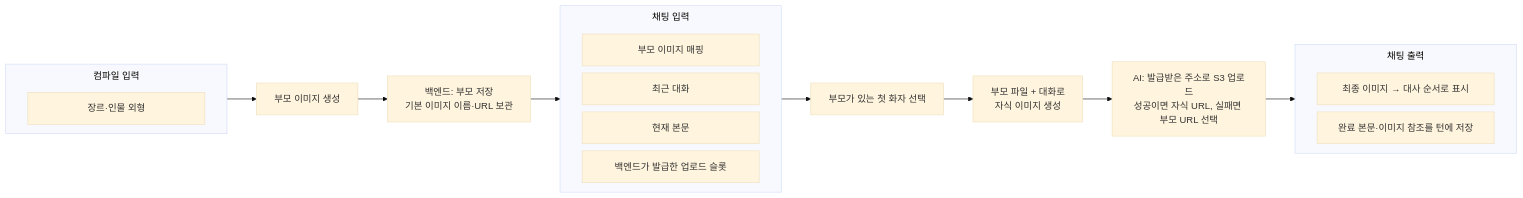
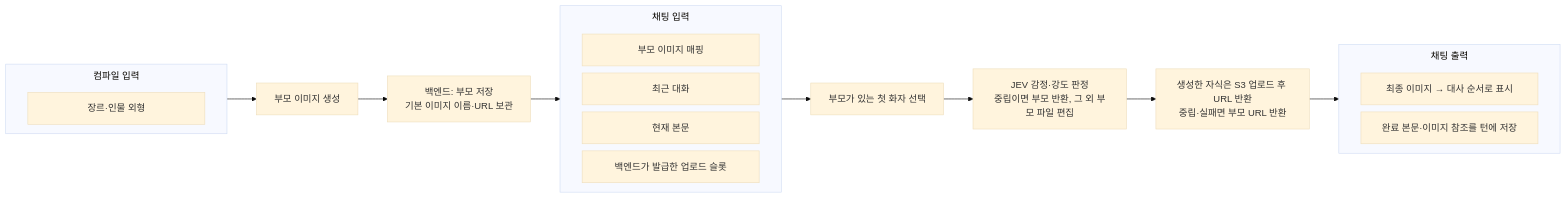
Before and after one commit to KIM-N-KANG/knk-harness: diagram 12 of 25 in docs/spec/5-ai-server-spec.md, drawn with Mermaid (base theme). The commit also changed other lines of this file and 2 other files, not shown here.

Commit message:
[KNK-1463] Docs: JEV 채팅 이미지 생성 명세와 설계 반영

````diff
--- a/docs/spec/5-ai-server-spec.md
+++ b/docs/spec/5-ai-server-spec.md
@@ -438,32 +438,32 @@
 ```mermaid
 %%{init: {"flowchart": {"nodeSpacing": 12, "subGraphTitleMargin": {"top": 8, "bottom": 24}}}}%%
 flowchart LR
     subgraph I["컴파일 입력"]
         direction LR
         I_item1["<div style='width:240px;text-align:center;'><span>장르·인물 외형</span></div>"]
     end
     P["부모 이미지 생성"]
     SAVE["백엔드: 부모 저장<br/>기본 이미지 이름·URL 보관"]
     subgraph C["채팅 입력"]
         direction LR
         C_item1["<div style='width:240px;text-align:center;'><span>부모 이미지 매핑</span></div>"]
         C_item2["<div style='width:240px;text-align:center;'><span>최근 대화</span></div>"]
         C_item3["<div style='width:240px;text-align:center;'><span>현재 본문</span></div>"]
         C_item4["<div style='width:240px;text-align:center;'><span>백엔드가 발급한 업로드 슬롯</span></div>"]
     end
     SELECT["부모가 있는 첫 화자 선택"]
-    CHILD["부모 파일 + 대화로<br/>자식 이미지 생성"]
-    RESULT["AI: 발급받은 주소로 S3 업로드<br/>성공이면 자식 URL, 실패면 부모 URL 선택"]
+    CHILD["JEV 감정·강도 판정<br/>중립이면 부모 반환, 그 외 부모 파일 편집"]
+    RESULT["생성한 자식은 S3 업로드 후 URL 반환<br/>중립·실패면 부모 URL 반환"]
     subgraph O["채팅 출력"]
         direction LR
         O_item1["<div style='width:240px;text-align:center;'><span>최종 이미지 → 대사 순서로 표시</span></div>"]
         O_item2["<div style='width:240px;text-align:center;'><span>완료 본문·이미지 참조를 턴에 저장</span></div>"]
     end
     I --> P
     P --> SAVE
     SAVE --> C
     C --> SELECT
     SELECT --> CHILD
     CHILD --> RESULT
     RESULT --> O
 ```
````
